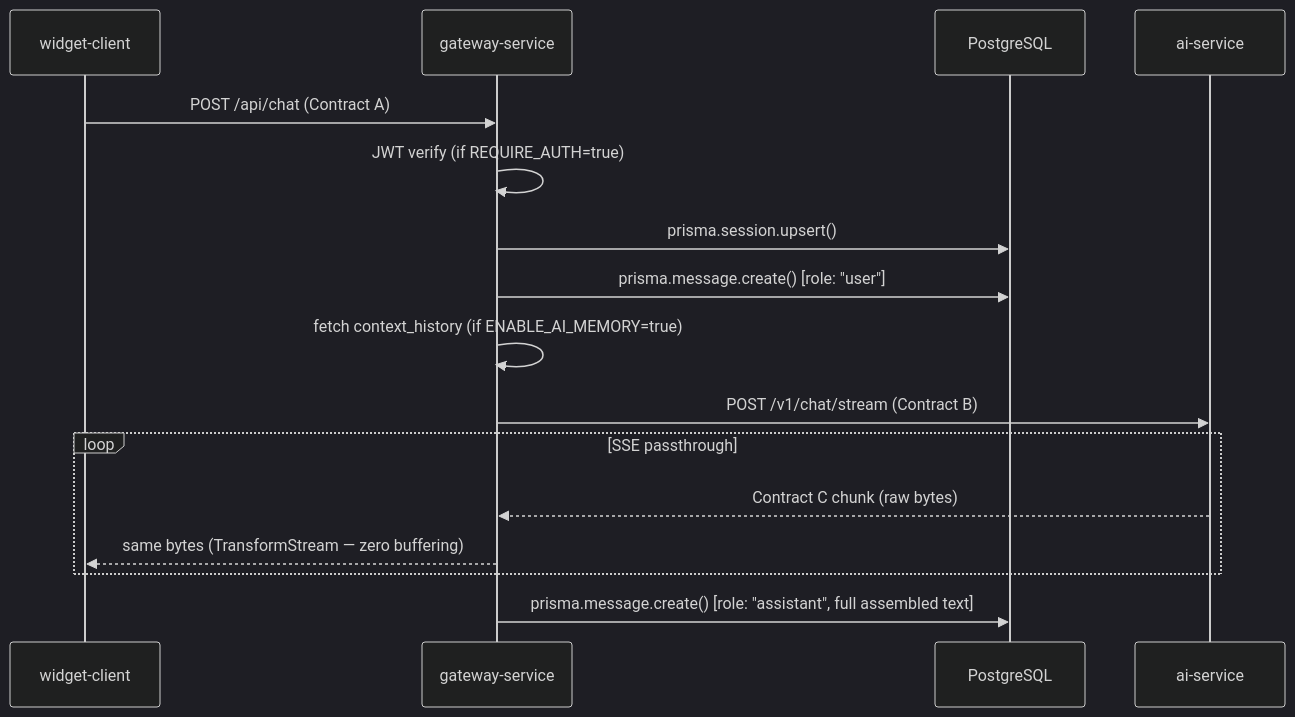
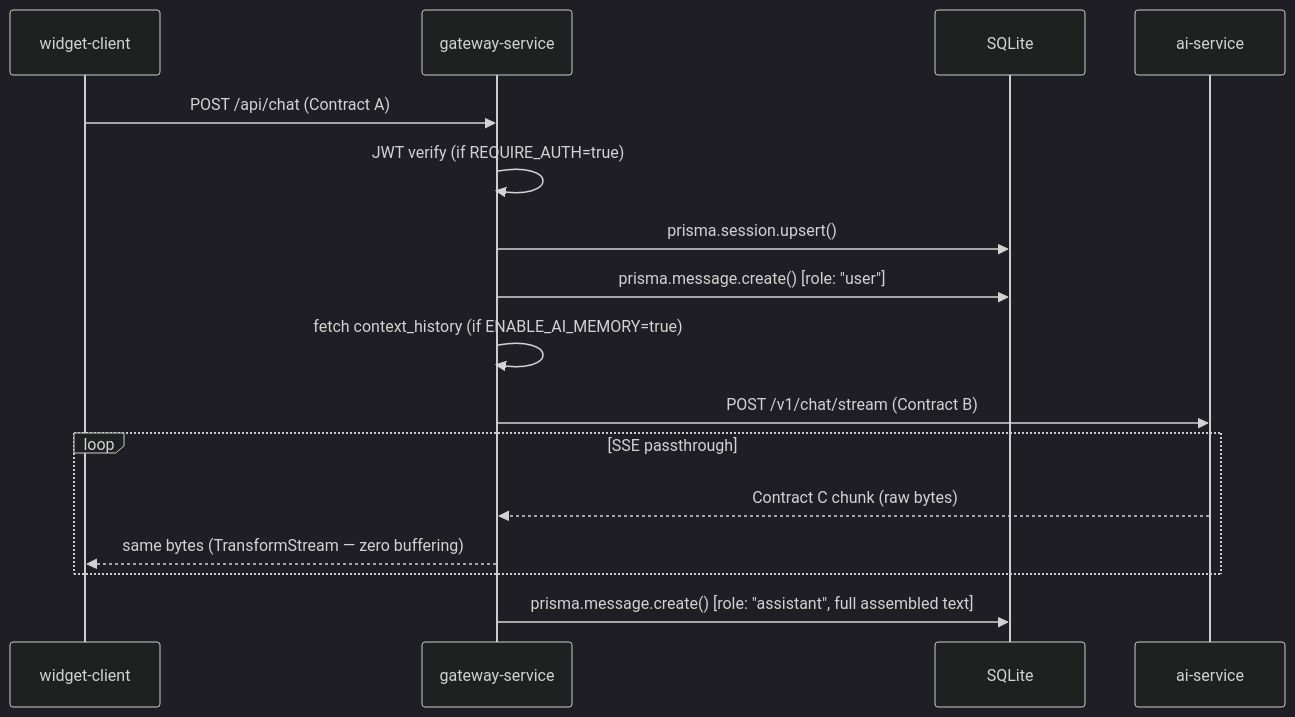
The diagram in gateway-service/README.md (Manavagarwal2703/compliance-overlay), drawn with Mermaid (dark theme) before and after one commit. The commit also changed other lines of this file and 6 other files, not shown here.

````diff
--- a/gateway-service/README.md
+++ b/gateway-service/README.md
@@ -9,19 +9,19 @@
 ```mermaid
 sequenceDiagram
   participant W as widget-client
   participant G as gateway-service
-  participant DB as PostgreSQL
+  participant DB as SQLite
   participant A as ai-service
 
   W->>G: POST /api/chat (Contract A)
   G->>G: JWT verify (if REQUIRE_AUTH=true)
   G->>DB: prisma.session.upsert()
   G->>DB: prisma.message.create() [role: "user"]
   G->>G: fetch context_history (if ENABLE_AI_MEMORY=true)
   G->>A: POST /v1/chat/stream (Contract B)
   loop SSE passthrough
     A-->>G: Contract C chunk (raw bytes)
     G-->>W: same bytes (TransformStream — zero buffering)
   end
   G->>DB: prisma.message.create() [role: "assistant", full assembled text]
 ```
````
